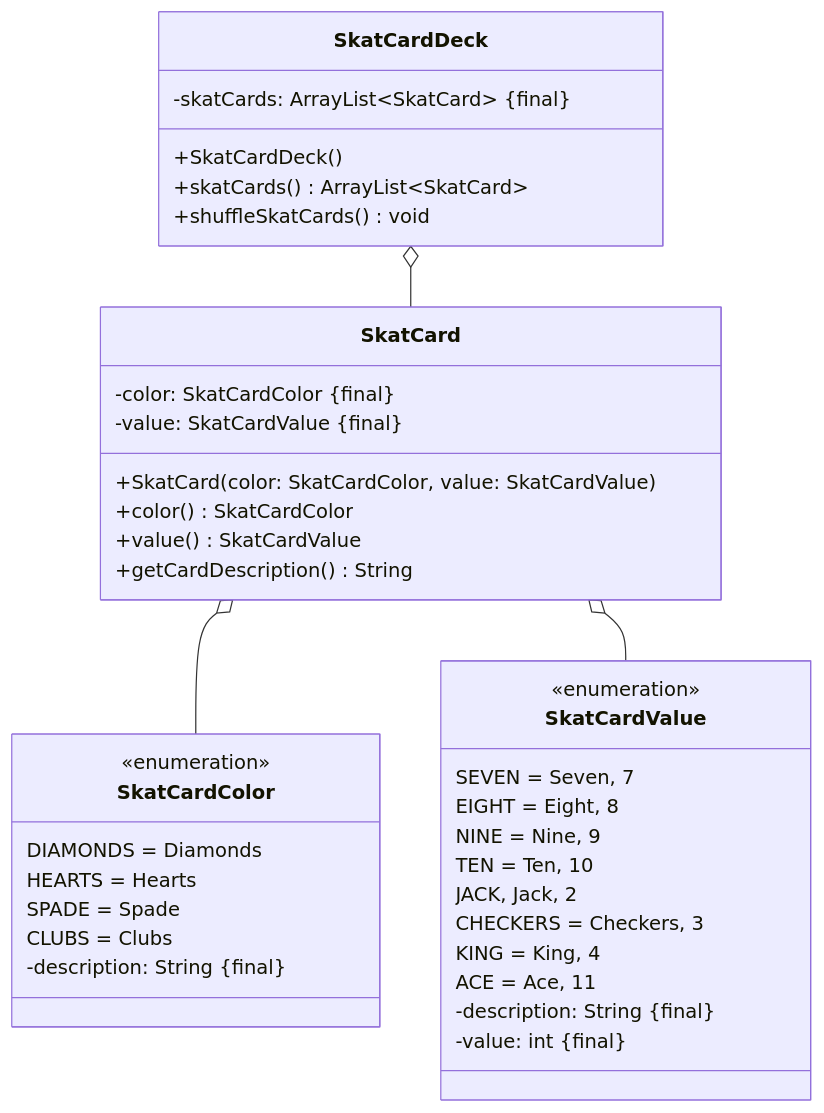
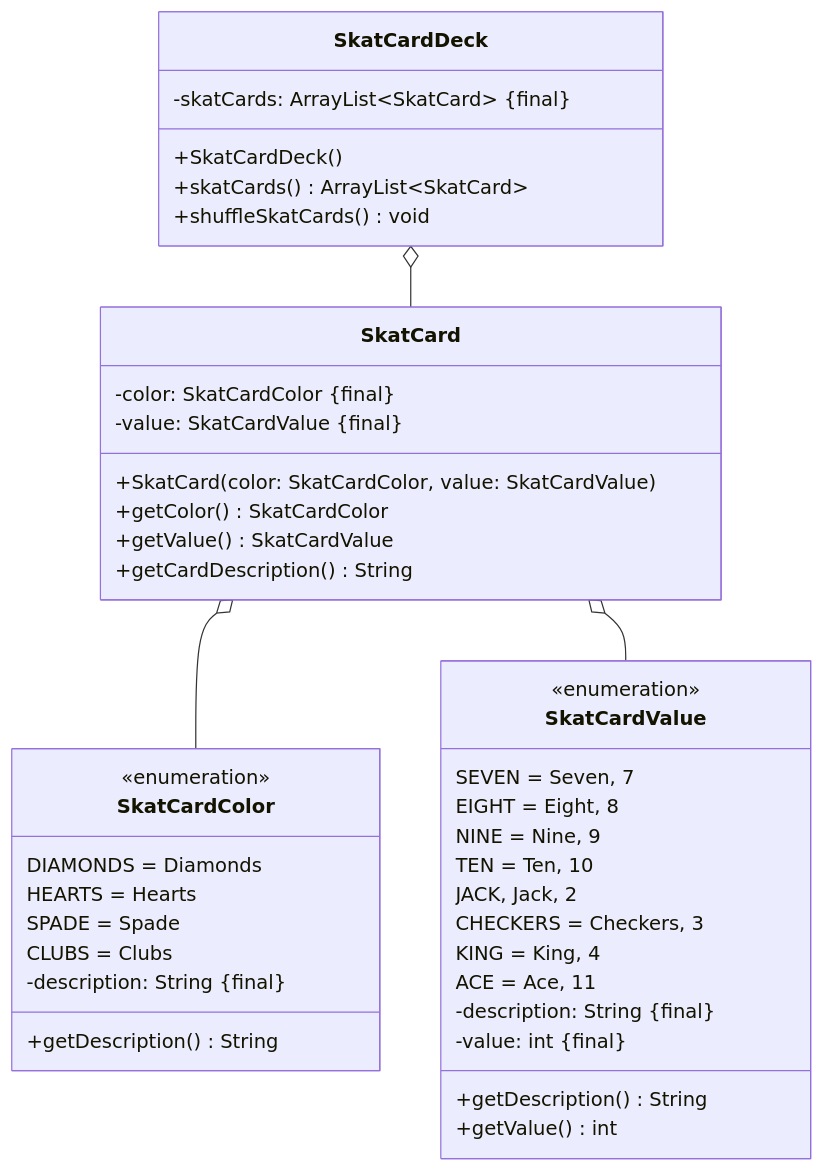
One commit to jappuccini/java-docs changed the diagram in docs/exercises/class-diagrams/class-diagrams05.mdx. Above: the diagram before and after it, drawn with Mermaid. The commit also changed 6 other files, not shown here.

````diff
--- a/docs/exercises/class-diagrams/class-diagrams05.mdx
+++ b/docs/exercises/class-diagrams/class-diagrams05.mdx
@@ -15,45 +15,48 @@
 ```mermaid
 classDiagram
      SkatCard o-- SkatCardColor
      SkatCard o-- SkatCardValue
      SkatCardDeck o-- SkatCard
 
     class SkatCardValue {
         <<enumeration>>
         SEVEN = Seven, 7
         EIGHT = Eight, 8
         NINE = Nine, 9
         TEN = Ten, 10
         JACK, Jack, 2
         CHECKERS = Checkers, 3
         KING = King, 4
         ACE = Ace, 11
         -description: String &#123final&#125
         -value: int &#123final&#125
+        +getDescription() String
+        +getValue() int
     }
 
     class SkatCardColor {
         <<enumeration>>
         DIAMONDS = Diamonds
         HEARTS = Hearts
         SPADE = Spade
         CLUBS = Clubs
         -description: String &#123final&#125
+        +getDescription() String
     }
 
     class SkatCard {
         -color: SkatCardColor &#123final&#125
         -value: SkatCardValue &#123final&#125
         +SkatCard(color: SkatCardColor, value: SkatCardValue)
-        +color() SkatCardColor
-        +value() SkatCardValue
+        +getColor() SkatCardColor
+        +getValue() SkatCardValue
         +getCardDescription() String
     }
 
     class SkatCardDeck {
         -skatCards: ArrayList~SkatCard~ &#123final&#125
         +SkatCardDeck()
         +skatCards() ArrayList~SkatCard~
         +shuffleSkatCards() void
     }
 ```
````
